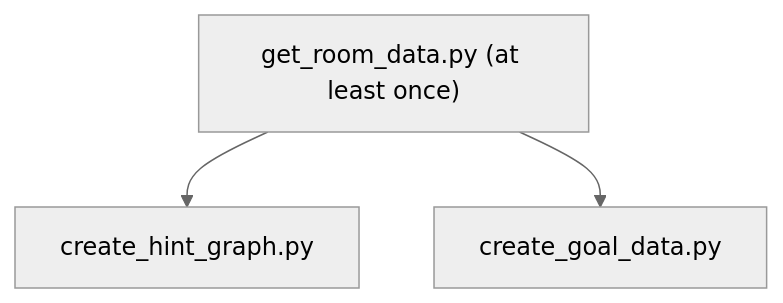
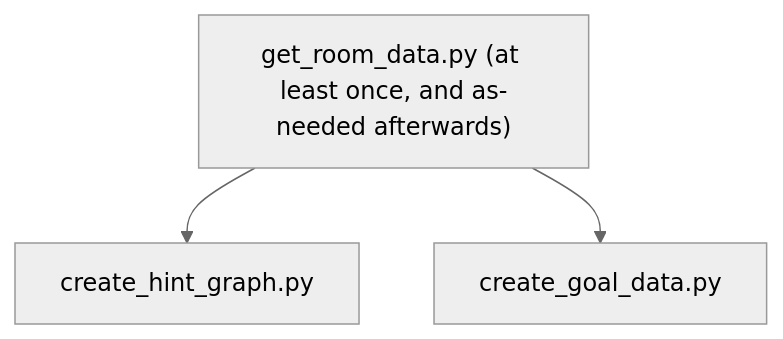
The diagram in README.md (lammyson/AP-Data-Scripts), drawn with Mermaid (neutral theme) before and after one commit. The commit also changed other lines of this file and 4 other files, not shown here.

Commit message:
Add ability to use either room or tracker suuid when getting room data

````diff
--- a/README.md
+++ b/README.md
@@ -10,8 +10,8 @@
 ```mermaid
 flowchart TD;
-   A["get_room_data.py (at least once)"];
+   A["get_room_data.py (at least once, and as-needed afterwards)"];
    B[create_hint_graph.py];
    C[create_goal_data.py];
    A --> B;
    A --> C;
 ```
````
